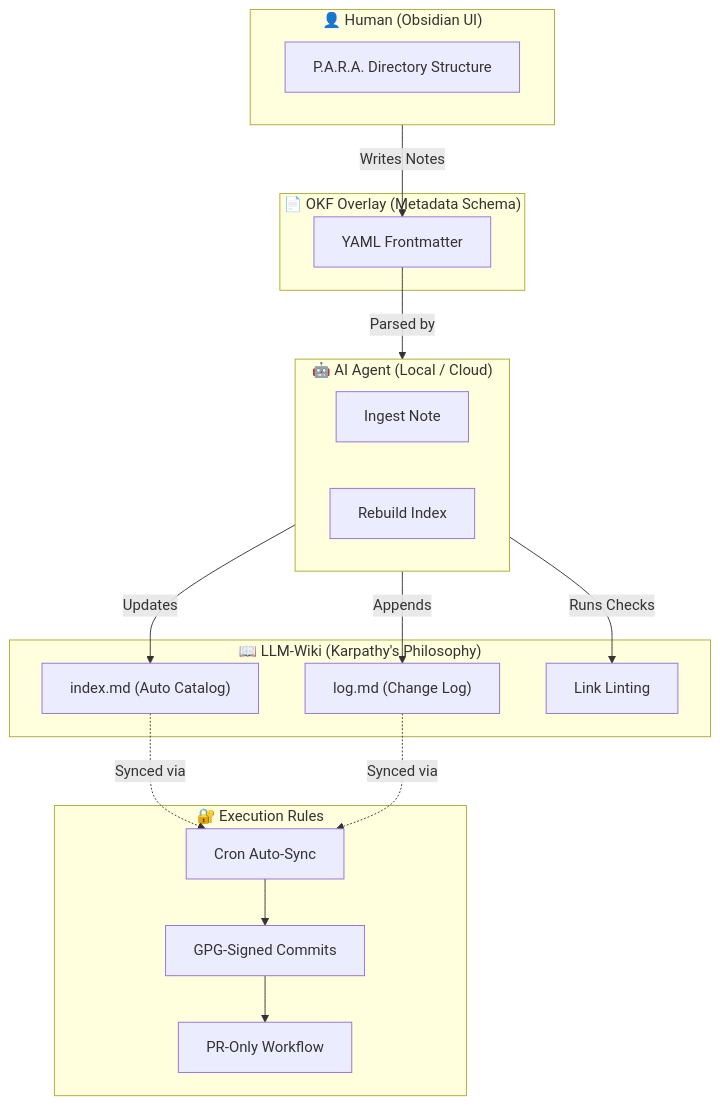
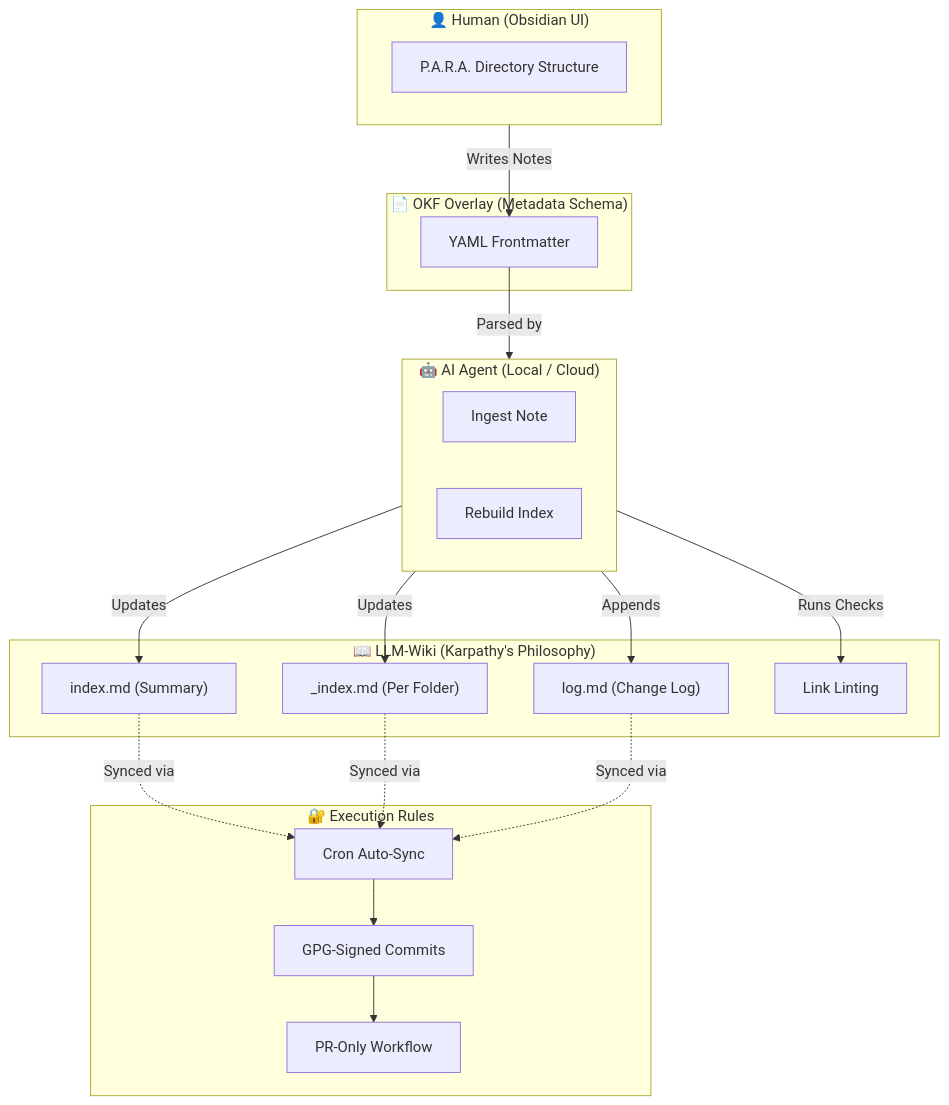
One commit to weby-homelab/power-framework changed the diagram in README.md. Above: the diagram before and after it, drawn with Mermaid. The commit also changed other lines of this file and 5 other files, not shown here.

````diff
--- a/README.md
+++ b/README.md
@@ -192,37 +152,40 @@
 ```mermaid
 graph TB
     subgraph Human ["👤 Human (Obsidian UI)"]
         PARA["P.A.R.A. Directory Structure"]
     end
 
     subgraph OKF ["📄 OKF Overlay (Metadata Schema)"]
         YAML["YAML Frontmatter"]
     end
 
     subgraph Wiki ["📖 LLM-Wiki (Karpathy's Philosophy)"]
-        IndexMD["index.md (Auto Catalog)"]
+        IndexMD["index.md (Summary)"]
+        SubIdx["_index.md (Per Folder)"]
         LogMD["log.md (Change Log)"]
         Lint["Link Linting"]
     end
 
     subgraph AI ["🤖 AI Agent (Local / Cloud)"]
         Ingest["Ingest Note"]
         Index["Rebuild Index"]
     end
 
     subgraph ER ["🔐 Execution Rules"]
         GPG["GPG-Signed Commits"]
         PR["PR-Only Workflow"]
         Sync["Cron Auto-Sync"]
     end
 
     Human -- Writes Notes --> YAML
     YAML -- Parsed by --> AI
     AI -- Updates --> IndexMD
+    AI -- Updates --> SubIdx
     AI -- Appends --> LogMD
     AI -- Runs Checks --> Lint
     IndexMD -. Synced via .-> Sync
+    SubIdx -. Synced via .-> Sync
     LogMD -. Synced via .-> Sync
     Sync --> GPG
     GPG --> PR
 ```
````
